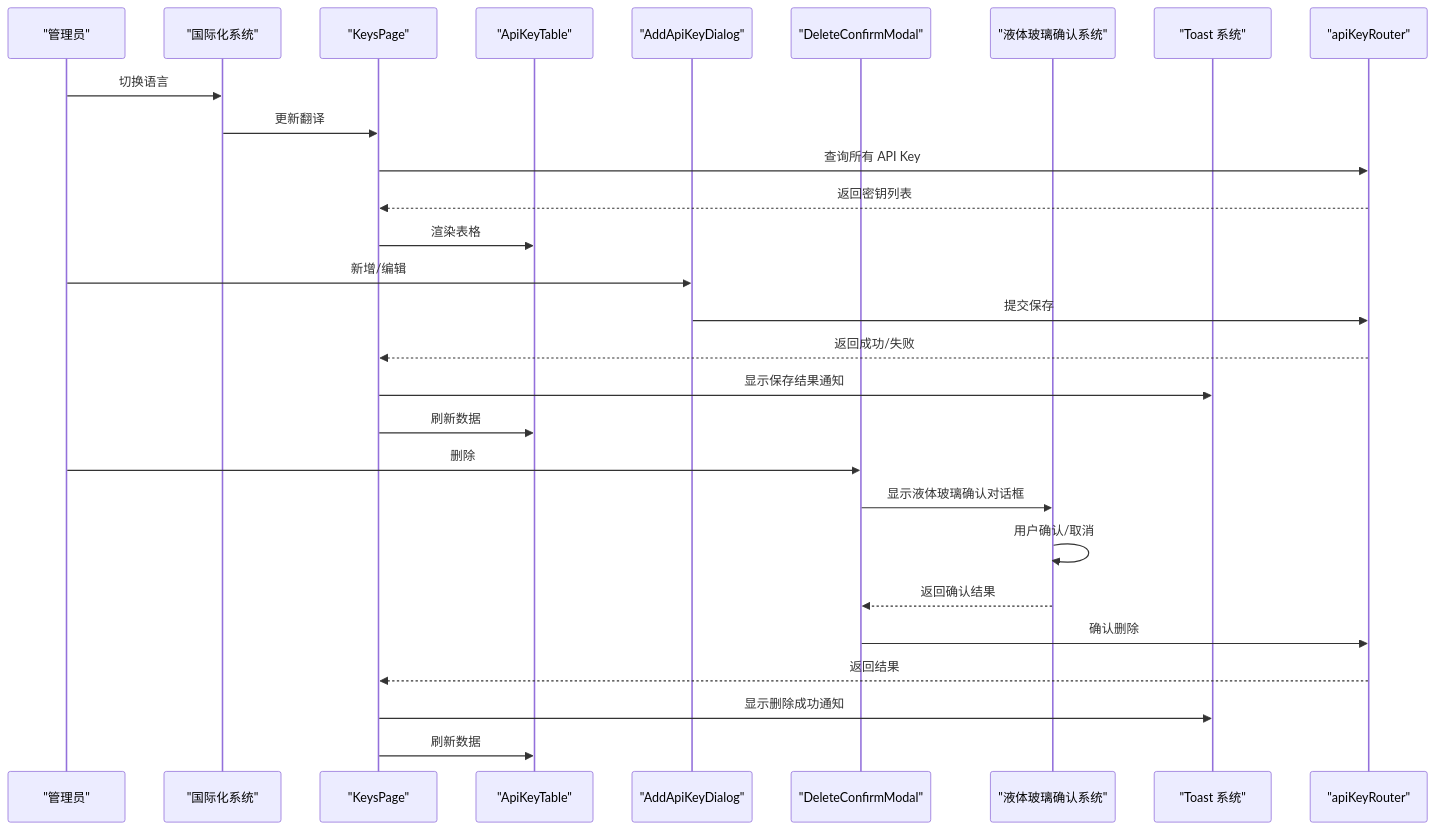
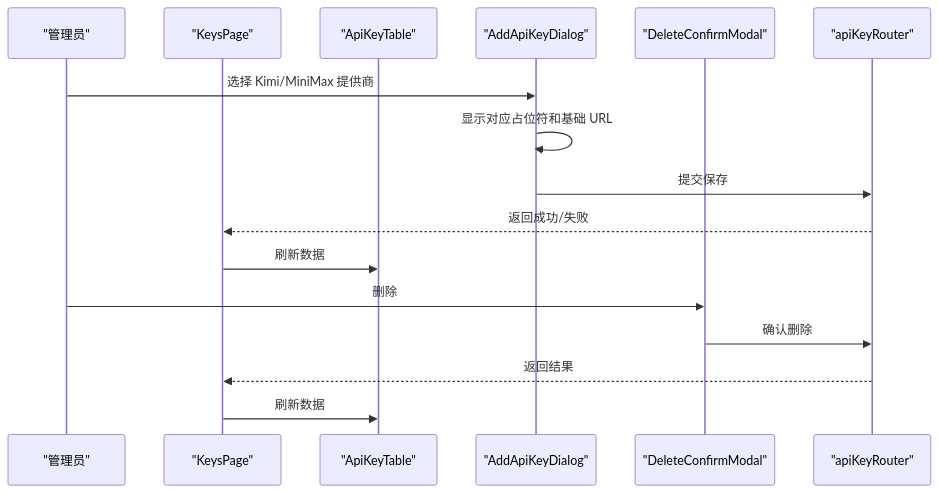
The fourth of 12 diagrams in .qoder/repowiki/zh/content/核心功能/API Key 管理.md (RadiumAg/AIGate), drawn with Mermaid before and after one commit. The commit also changed other lines of this file and 3 other files, not shown here.

````diff
--- a/.qoder/repowiki/zh/content/核心功能/API Key 管理.md
+++ b/.qoder/repowiki/zh/content/核心功能/API Key 管理.md
@@ -225,30 +210,18 @@
 ```mermaid
 sequenceDiagram
 participant Admin as "管理员"
-participant I18n as "国际化系统"
 participant Page as "KeysPage"
 participant Table as "ApiKeyTable"
 participant Dialog as "AddApiKeyDialog"
 participant Modal as "DeleteConfirmModal"
-participant Confirm as "液体玻璃确认系统"
-participant Toast as "Toast 系统"
 participant API as "apiKeyRouter"
-Admin->>I18n : 切换语言
-I18n->>Page : 更新翻译
-Page->>API : 查询所有 API Key
-API-->>Page : 返回密钥列表
-Page->>Table : 渲染表格
-Admin->>Dialog : 新增/编辑
+Admin->>Dialog : 选择 Kimi/MiniMax 提供商
+Dialog->>Dialog : 显示对应占位符和基础 URL
 Dialog->>API : 提交保存
 API-->>Page : 返回成功/失败
-Page->>Toast : 显示保存结果通知
 Page->>Table : 刷新数据
 Admin->>Modal : 删除
-Modal->>Confirm : 显示液体玻璃确认对话框
-Confirm->>Confirm : 用户确认/取消
-Confirm-->>Modal : 返回确认结果
 Modal->>API : 确认删除
 API-->>Page : 返回结果
-Page->>Toast : 显示删除成功通知
 Page->>Table : 刷新数据
 ```
````
